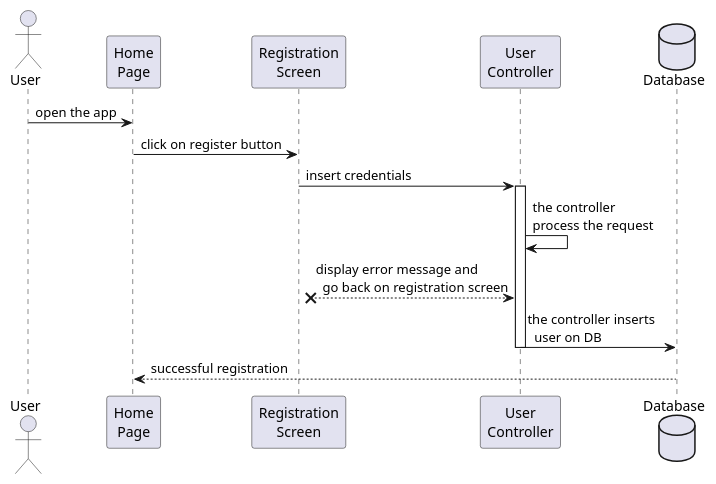
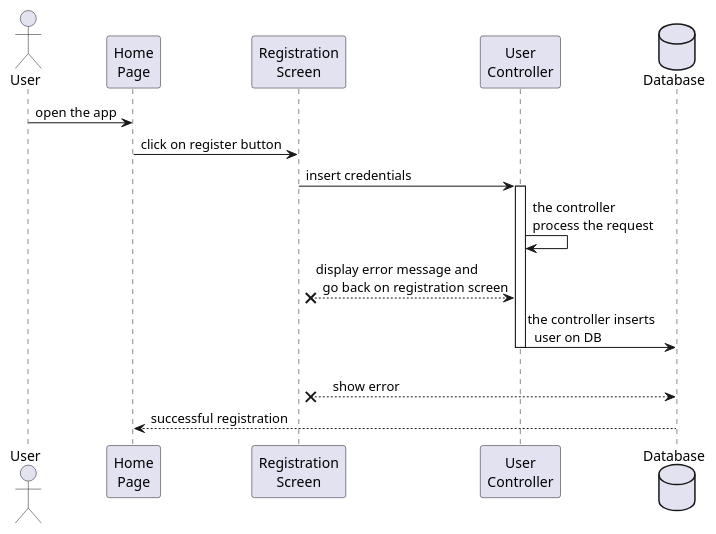
One commit to TommasoScalici/FoodDelivery changed the diagram in src/main/java/unipa/fooddelivery/diagrams/sequence/register.wsd. Above: the diagram before and after it, drawn with PlantUML. The commit also changed 2 other files, not shown here.

```diff
--- a/src/main/java/unipa/fooddelivery/diagrams/sequence/register.wsd
+++ b/src/main/java/unipa/fooddelivery/diagrams/sequence/register.wsd
@@ -1,19 +1,21 @@
 @startuml register
 
 actor User
 participant "Home\nPage" as HomePage
 participant "Registration\nScreen" as RegistrationScreen
 participant "User\nController" as UserController
 database Database
 
 User -> HomePage: open the app
 HomePage -> RegistrationScreen: click on register button
 RegistrationScreen -> UserController: insert credentials
 activate UserController
 UserController -> UserController: the controller\nprocess the request
 RegistrationScreen x-- UserController: display error message and\n  go back on registration screen
 UserController -> Database: the controller inserts\n  user on DB
 deactivate UserController
+
+RegistrationScreen x-- Database : \n     show error
 HomePage <-- Database: successful registration
 
 @enduml
```
